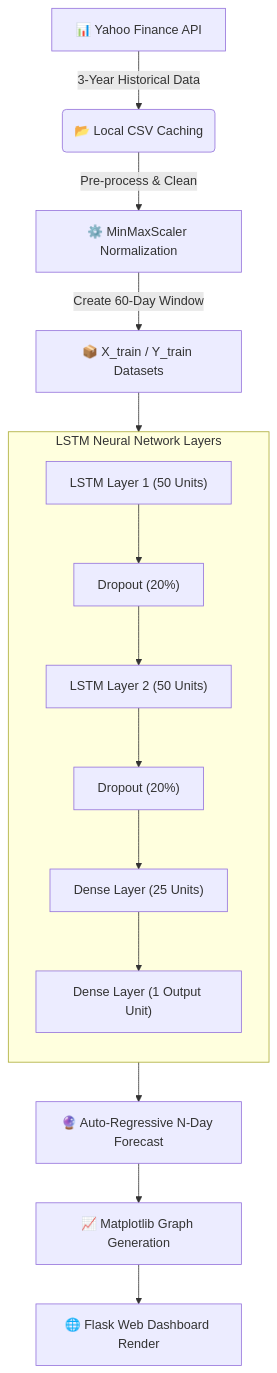
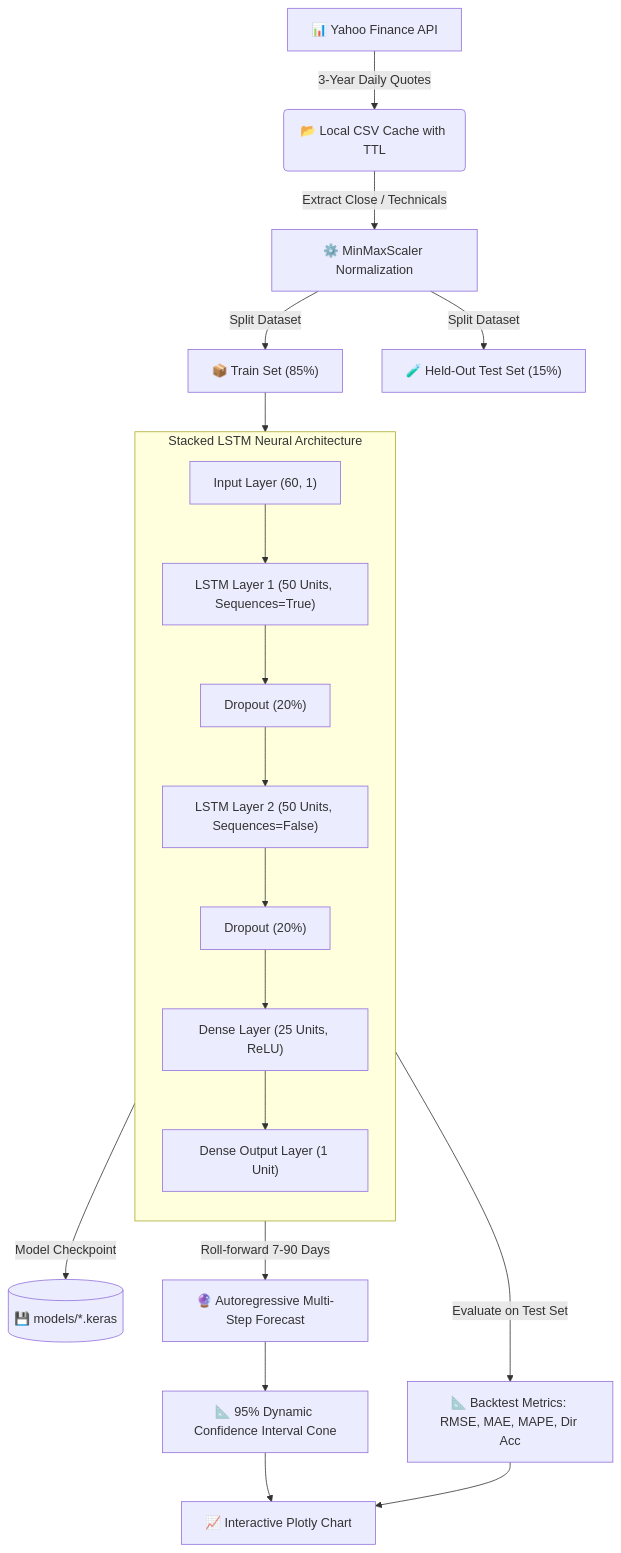
The diagram in README.md (Livesh-L-28/Stock_price_prediction), drawn with Mermaid before and after one commit. The commit also changed other lines of this file and 25 other files, not shown here.

````diff
--- a/README.md
+++ b/README.md
@@ -47,20 +63,25 @@
 ```mermaid
 flowchart TD
-    A["📊 Yahoo Finance API"] -->|"3-Year Historical Data"| B("📂 Local CSV Caching")
-    B -->|"Pre-process & Clean"| C["⚙️ MinMaxScaler Normalization"]
-    C -->|"Create 60-Day Window"| D["📦 X_train / Y_train Datasets"]
+    A["📊 Yahoo Finance API"] -->|"3-Year Daily Quotes"| B("📂 Local CSV Cache with TTL")
+    B -->|"Extract Close / Technicals"| C["⚙️ MinMaxScaler Normalization"]
+    C -->|"Split Dataset"| D1["📦 Train Set (85%)"]
+    C -->|"Split Dataset"| D2["🧪 Held-Out Test Set (15%)"]
 
-    subgraph Architecture ["LSTM Neural Network Layers"]
+    subgraph Architecture ["Stacked LSTM Neural Architecture"]
         direction TB
-        E1["LSTM Layer 1 (50 Units)"] --> E2["Dropout (20%)"]
-        E2 --> E3["LSTM Layer 2 (50 Units)"]
+        E0["Input Layer (60, 1)"] --> E1["LSTM Layer 1 (50 Units, Sequences=True)"]
+        E1 --> E2["Dropout (20%)"]
+        E2 --> E3["LSTM Layer 2 (50 Units, Sequences=False)"]
         E3 --> E4["Dropout (20%)"]
-        E4 --> E5["Dense Layer (25 Units)"]
-        E5 --> E6["Dense Layer (1 Output Unit)"]
+        E4 --> E5["Dense Layer (25 Units, ReLU)"]
+        E5 --> E6["Dense Output Layer (1 Unit)"]
     end
 
-    D --> E1
-    E6 --> F["🔮 Auto-Regressive N-Day Forecast"]
-    F --> G["📈 Matplotlib Graph Generation"]
-    G --> H["🌐 Flask Web Dashboard Render"]
+    D1 --> Architecture
+    Architecture -->|"Model Checkpoint"| SAVE[("💾 models/*.keras")]
+    Architecture -->|"Evaluate on Test Set"| EVAL["📐 Backtest Metrics: RMSE, MAE, MAPE, Dir Acc"]
+    Architecture -->|"Roll-forward 7-90 Days"| FORECAST["🔮 Autoregressive Multi-Step Forecast"]
+    FORECAST --> CONE["📐 95% Dynamic Confidence Interval Cone"]
+    CONE --> PLOT["📈 Interactive Plotly Chart"]
+    EVAL --> PLOT
 ```
````
